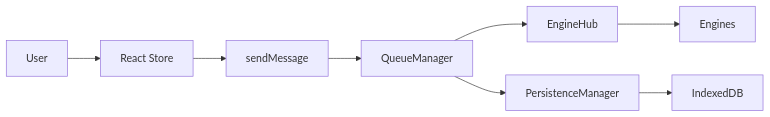
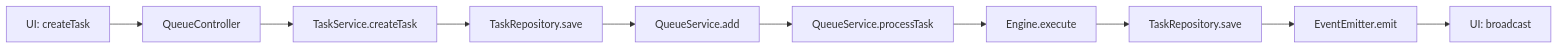
One commit to 2noScript/kernel-script changed the second of 4 diagrams in README.md. Above: the diagram before and after it, drawn with Mermaid. The commit also changed other lines of this file and 3 other files, not shown here.

Commit message:
refactor: simplify library API by replacing setupKernelScript with bootstrap and updating documentation with architecture diagrams

````diff
--- a/README.md
+++ b/README.md
@@ -137,10 +136,12 @@
 ```mermaid
 graph LR
-    A[User] --> B[React Store]
-    B --> C[sendMessage]
-    C --> D[QueueManager]
-    D --> E[EngineHub]
-    D --> F[PersistenceManager]
-    E --> G[Engines]
-    F --> H[IndexedDB]
+    A[UI: createTask] --> B[QueueController]
+    B --> C[TaskService.createTask]
+    C --> D[TaskRepository.save]
+    D --> E[QueueService.add]
+    E --> F[QueueService.processTask]
+    F --> G[Engine.execute]
+    G --> H[TaskRepository.save]
+    H --> I[EventEmitter.emit]
+    I --> J[UI: broadcast]
 ```
````
